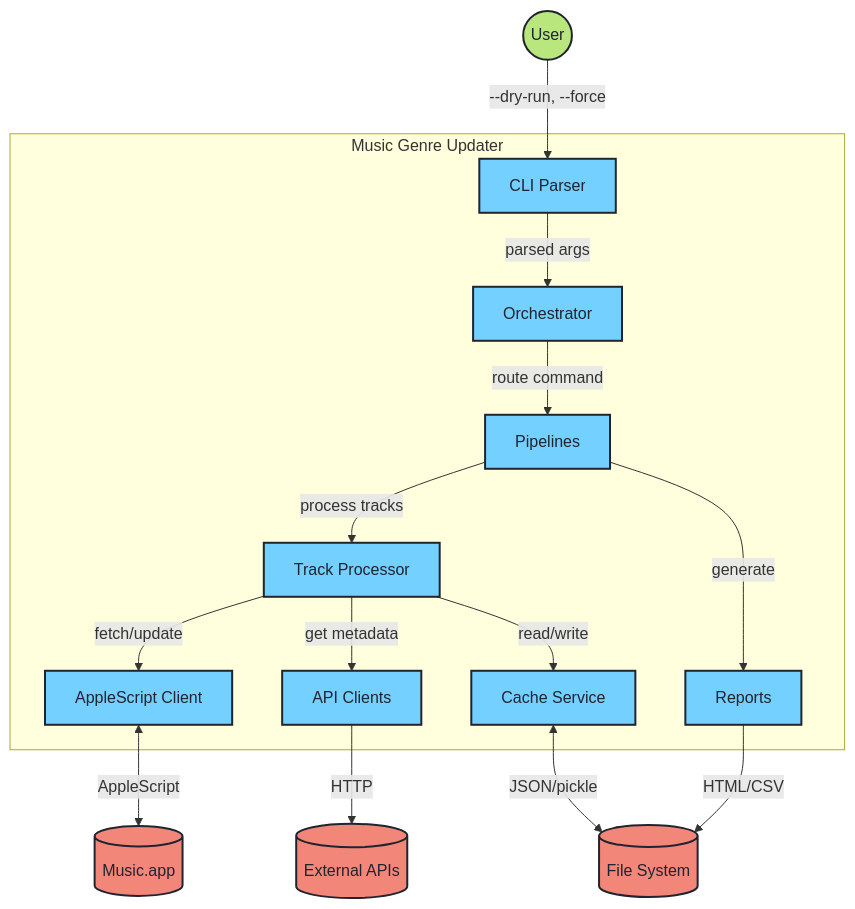
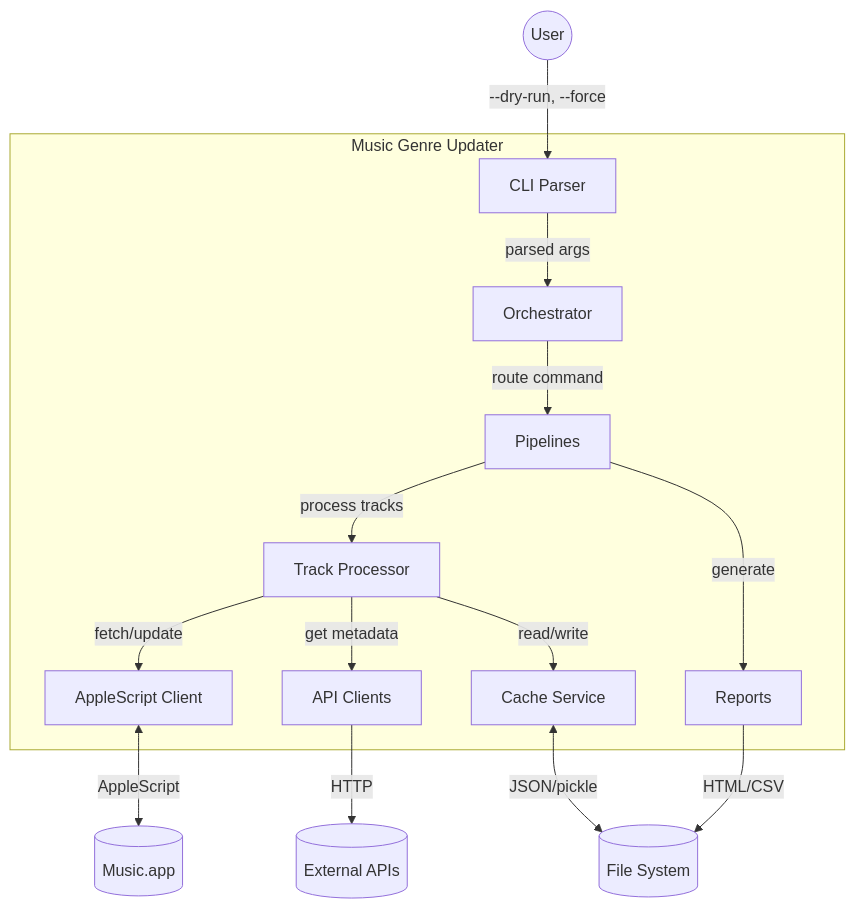
Before and after one commit to barad1tos/GenreUpdater: the second of 8 diagrams in docs/architecture/overview.md, drawn with Mermaid. The commit also changed other lines of this file and 2 other files, not shown here.

First line of the commit message:
fix(docs): let Material theme Mermaid natively

````diff
--- a/docs/architecture/overview.md
+++ b/docs/architecture/overview.md
@@ -41,37 +35,31 @@
 ```mermaid
 graph TB
     User((User))
     MusicApp[(Music.app)]
     ExtAPIs[(External APIs)]
     FileSystem[(File System)]
 
     subgraph System["Music Genre Updater"]
         CLI[CLI Parser]
         Orch[Orchestrator]
         Pipes[Pipelines]
         Core[Track Processor]
         Apple[AppleScript Client]
         Cache[Cache Service]
         APIs[API Clients]
         Metrics[Reports]
     end
 
     User -->|" --dry-run, --force "| CLI
     CLI -->|parsed args| Orch
     Orch -->|route command| Pipes
     Pipes -->|process tracks| Core
     Core -->|fetch/update| Apple
     Core -->|get metadata| APIs
     Core -->|read/write| Cache
     Pipes -->|generate| Metrics
     Apple <-->|AppleScript| MusicApp
     APIs -->|HTTP| ExtAPIs
     Cache <-->|JSON/pickle| FileSystem
     Metrics -->|HTML/CSV| FileSystem
-    classDef external fill:#F28779, stroke:#1F2430, stroke-width:2px, color:#1F2430
-    classDef internal fill:#73D0FF, stroke:#1F2430, stroke-width:2px, color:#1F2430
-    classDef user fill:#BAE67E, stroke:#1F2430, stroke-width:2px, color:#1F2430
-    class MusicApp,ExtAPIs,FileSystem external
-    class CLI,Orch,Pipes,Core,Apple,Cache,APIs,Metrics internal
-    class User user
 ```
````
